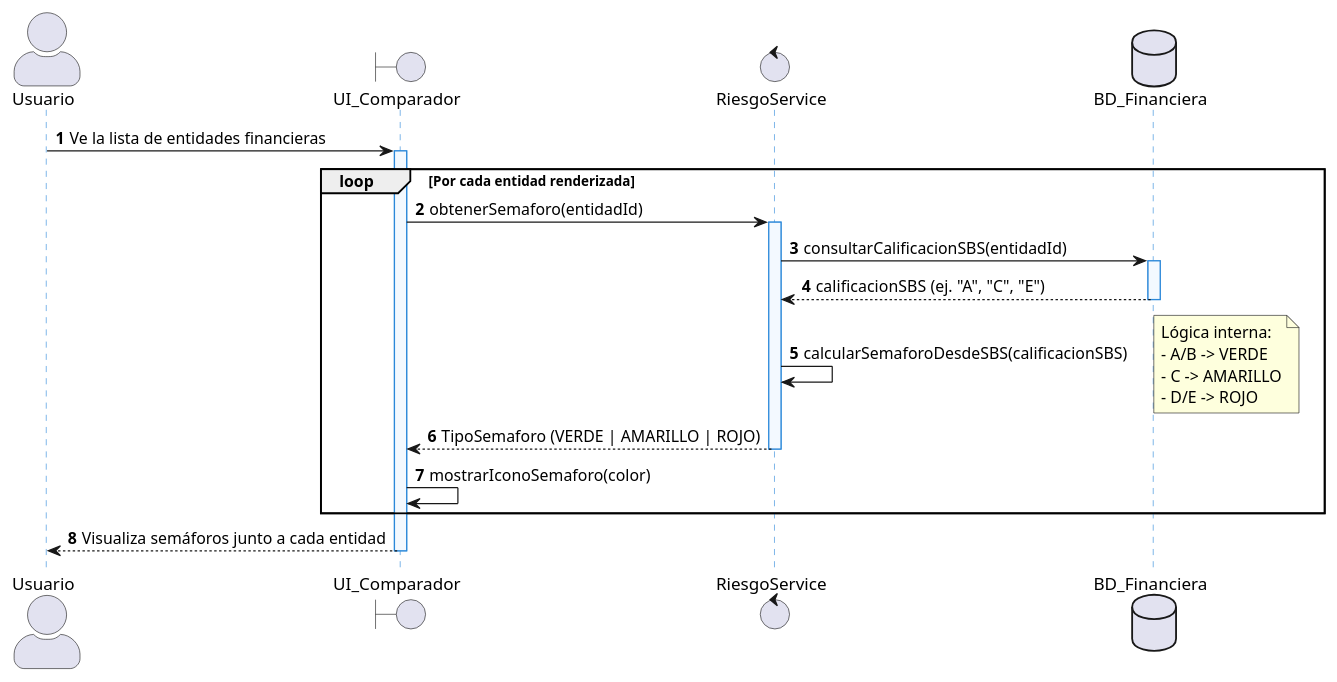
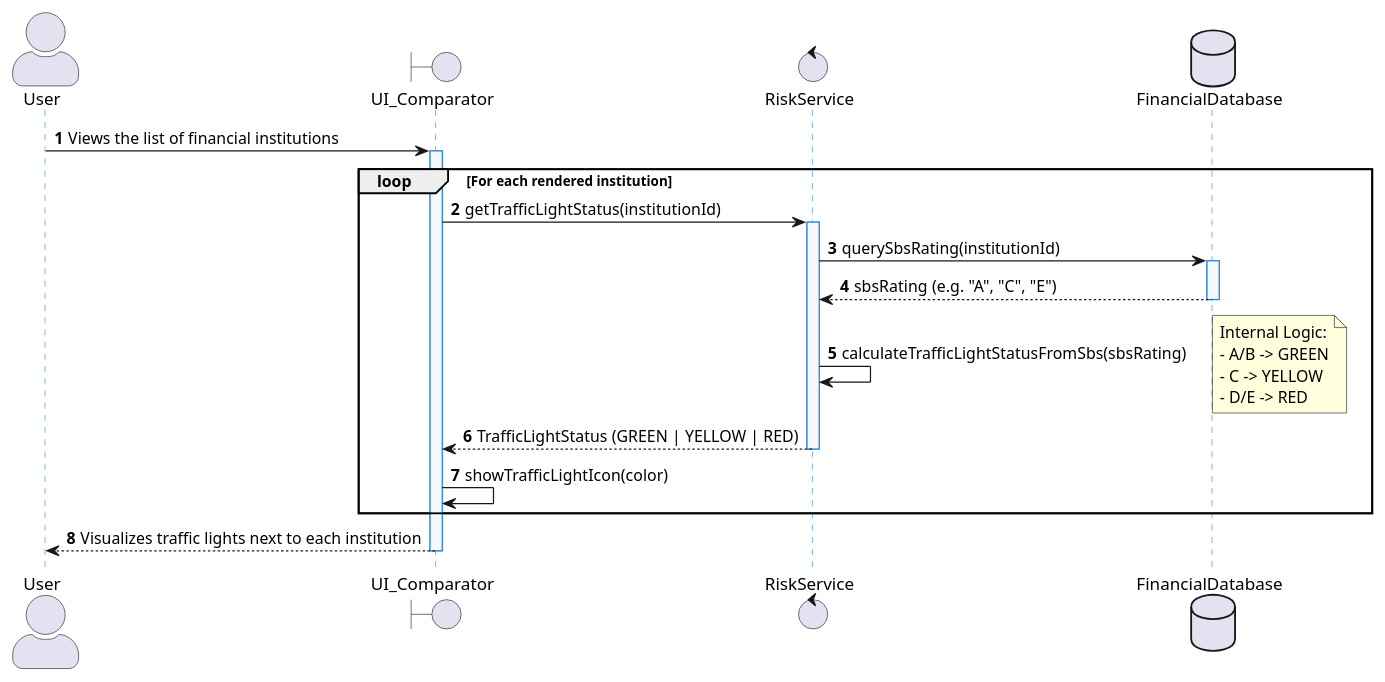
The diagram in VisualizarSemaforoRiesgoDSequencia.puml (Rhoy16/yupay-finance-docs), drawn with PlantUML before and after one commit. The commit also changed 21 other files, not shown here.

Commit message:
Refactor UML diagrams: translate to English and apply standard naming conventions

```diff
--- a/VisualizarSemaforoRiesgoDSequencia.puml
+++ b/VisualizarSemaforoRiesgoDSequencia.puml
@@ -1,47 +1,47 @@
 @startuml "Secuencia - Visualizar Semáforo de Riesgo"
 
 autonumber
 skinparam BoxPadding 10
 skinparam ParticipantPadding 10
 
 ' Estilo profesional y limpio
 skinparam actorStyle awesome
 skinparam sequence {
     LifeLineBorderColor #2B88D9
     LifeLineBackgroundColor #F3F9FF
     ParticipantBorderColor #2B88D9
     ParticipantBackgroundColor #F3F9FF
     BoxBorderColor #2B88D9
     BoxBackgroundColor #F8F9FA
 }
 
-actor Usuario as usr
-boundary UI_Comparador as ui
-control RiesgoService as srv
-database BD_Financiera as db
+actor User as usr
+boundary UI_Comparator as ui
+control RiskService as srv
+database FinancialDatabase as db
 
-usr -> ui : Ve la lista de entidades financieras
+usr -> ui : Views the list of financial institutions
 activate ui
 
-loop Por cada entidad renderizada
-    ui -> srv : obtenerSemaforo(entidadId)
+loop For each rendered institution
+    ui -> srv : getTrafficLightStatus(institutionId)
     activate srv
     
-    srv -> db : consultarCalificacionSBS(entidadId)
+    srv -> db : querySbsRating(institutionId)
     activate db
-    db --> srv : calificacionSBS (ej. "A", "C", "E")
+    db --> srv : sbsRating (e.g. "A", "C", "E")
     deactivate db
     
-    srv -> srv : calcularSemaforoDesdeSBS(calificacionSBS)
-    note right: Lógica interna:\n- A/B -> VERDE\n- C -> AMARILLO\n- D/E -> ROJO
+    srv -> srv : calculateTrafficLightStatusFromSbs(sbsRating)
+    note right: Internal Logic:\n- A/B -> GREEN\n- C -> YELLOW\n- D/E -> RED
     
-    srv --> ui : TipoSemaforo (VERDE | AMARILLO | ROJO)
+    srv --> ui : TrafficLightStatus (GREEN | YELLOW | RED)
     deactivate srv
     
-    ui -> ui : mostrarIconoSemaforo(color)
+    ui -> ui : showTrafficLightIcon(color)
 end
 
-ui --> usr : Visualiza semáforos junto a cada entidad
+ui --> usr : Visualizes traffic lights next to each institution
 deactivate ui
 
 @enduml
```
